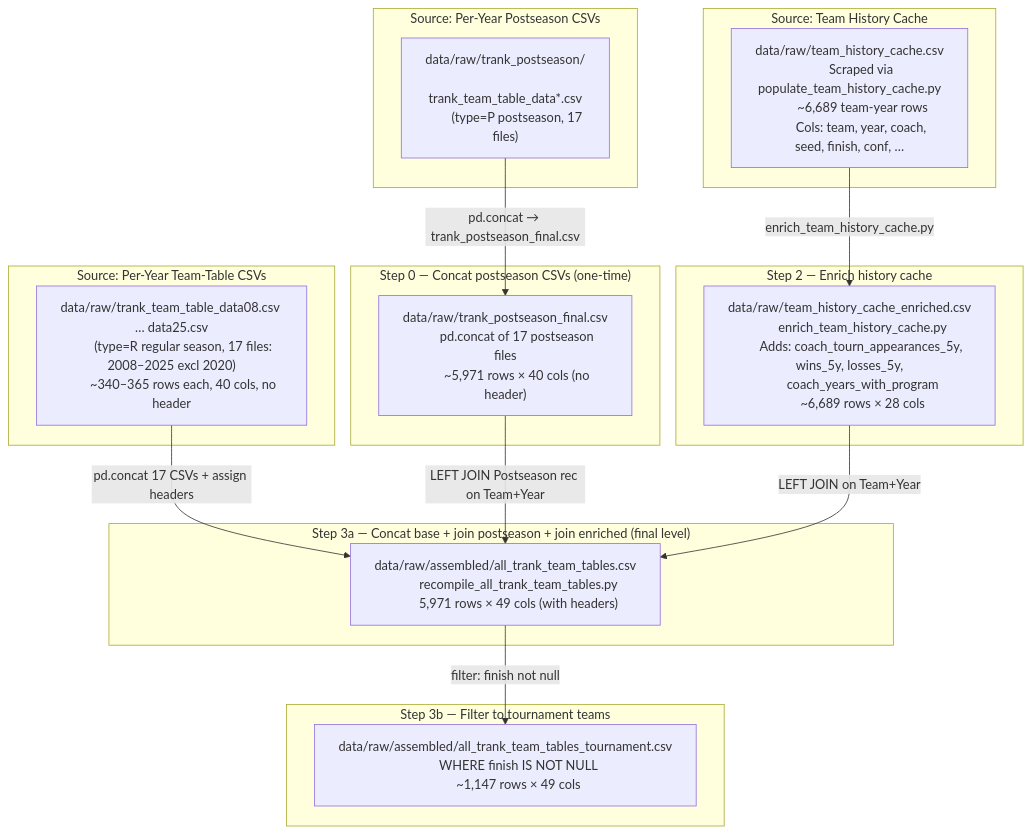
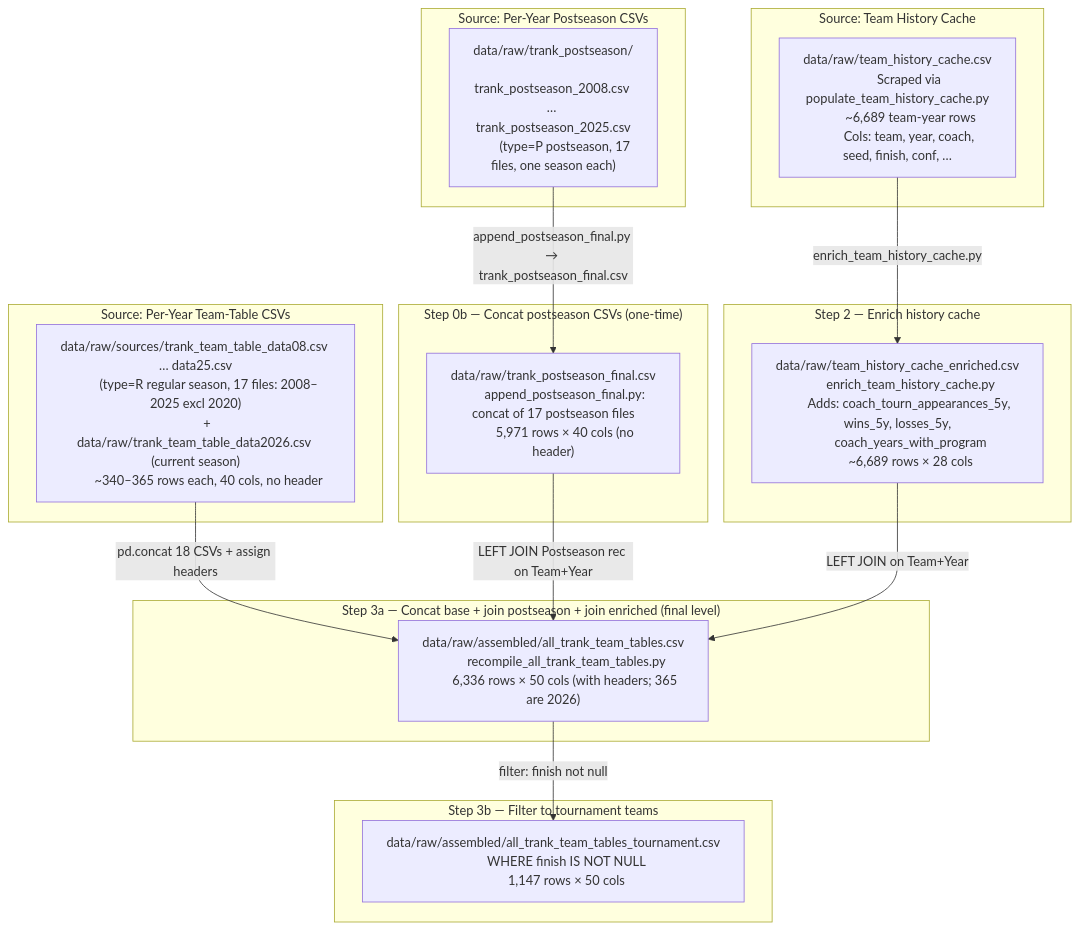
Before and after one commit to tdub29/CBB: the diagram in docs/data_lineage.md, drawn with Mermaid. The commit also changed other lines of this file and 165 other files, not shown here.

First line of the commit message:
chore: remove social-post and loop-script material, name raw postseason files by season

````diff
--- a/docs/data_lineage.md
+++ b/docs/data_lineage.md
@@ -30,55 +33,56 @@
 ```mermaid
 flowchart TD
 
     subgraph "Source: Per-Year Team-Table CSVs"
-        A1["data/raw/trank_team_table_data08.csv … data25.csv
+        A1["data/raw/sources/trank_team_table_data08.csv … data25.csv
         (type=R regular season, 17 files: 2008–2025 excl 2020)
+        + data/raw/trank_team_table_data2026.csv (current season)
         ~340–365 rows each, 40 cols, no header"]
     end
 
     subgraph "Source: Per-Year Postseason CSVs"
         A2["data/raw/trank_postseason/
-        trank_team_table_data*.csv
-        (type=P postseason, 17 files)"]
+        trank_postseason_2008.csv … trank_postseason_2025.csv
+        (type=P postseason, 17 files, one season each)"]
     end
 
     subgraph "Source: Team History Cache"
         A3["data/raw/team_history_cache.csv
         Scraped via populate_team_history_cache.py
         ~6,689 team-year rows
         Cols: team, year, coach, seed, finish, conf, …"]
     end
 
-    subgraph "Step 0 — Concat postseason CSVs (one-time)"
+    subgraph "Step 0b — Concat postseason CSVs (one-time)"
         B2["data/raw/trank_postseason_final.csv
-        pd.concat of 17 postseason files
-        ~5,971 rows × 40 cols (no header)"]
+        append_postseason_final.py: concat of 17 postseason files
+        5,971 rows × 40 cols (no header)"]
     end
 
     subgraph "Step 2 — Enrich history cache"
         B3["data/raw/team_history_cache_enriched.csv
         enrich_team_history_cache.py
         Adds: coach_tourn_appearances_5y, wins_5y, losses_5y,
         coach_years_with_program
         ~6,689 rows × 28 cols"]
     end
 
     subgraph "Step 3a — Concat base + join postseason + join enriched (final level)"
         C1["data/raw/assembled/all_trank_team_tables.csv
         recompile_all_trank_team_tables.py
-        5,971 rows × 49 cols (with headers)"]
+        6,336 rows × 50 cols (with headers; 365 are 2026)"]
     end
 
     subgraph "Step 3b — Filter to tournament teams"
         E1["data/raw/assembled/all_trank_team_tables_tournament.csv
         WHERE finish IS NOT NULL
-        ~1,147 rows × 49 cols"]
+        1,147 rows × 50 cols"]
     end
 
-    A1 -->|"pd.concat 17 CSVs + assign headers"| C1
-    A2 -->|"pd.concat → trank_postseason_final.csv"| B2
+    A1 -->|"pd.concat 18 CSVs + assign headers"| C1
+    A2 -->|"append_postseason_final.py → trank_postseason_final.csv"| B2
     B2 -->|"LEFT JOIN Postseason rec on Team+Year"| C1
     A3 -->|"enrich_team_history_cache.py"| B3
     B3 -->|"LEFT JOIN on Team+Year"| C1
     C1 -->|"filter: finish not null"| E1
 ```
````
